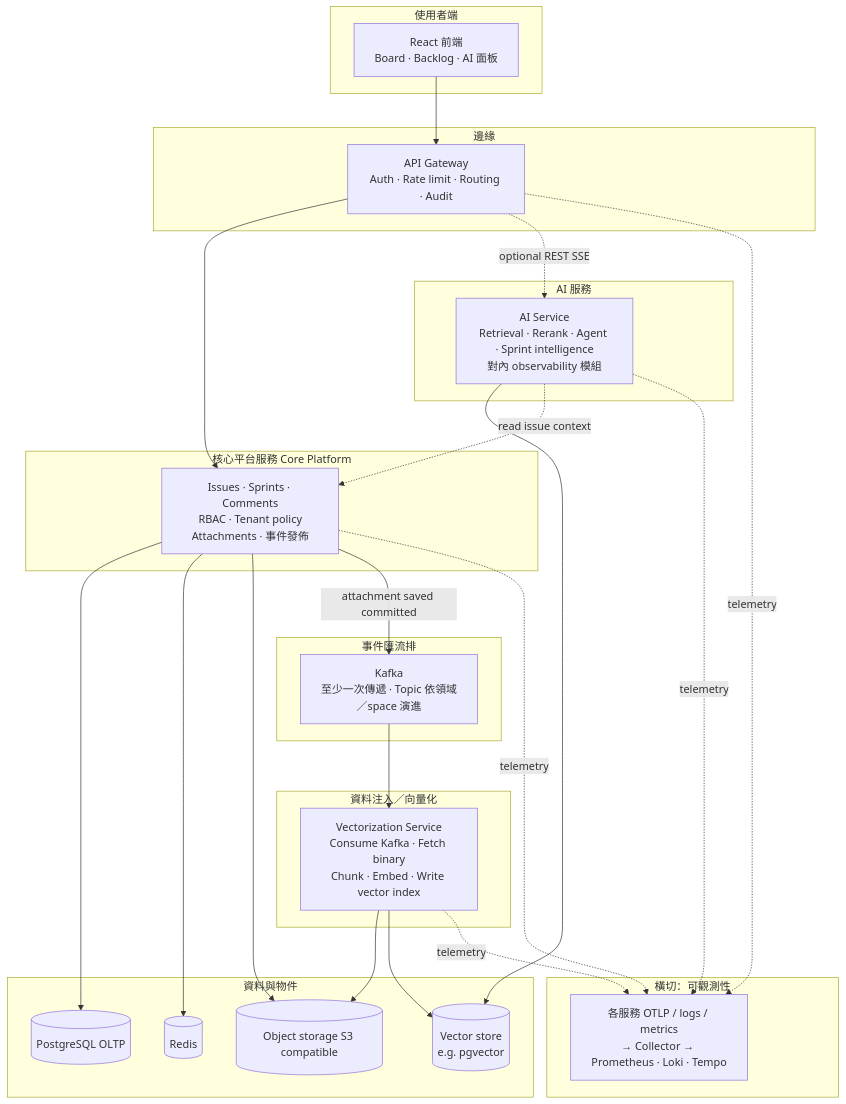
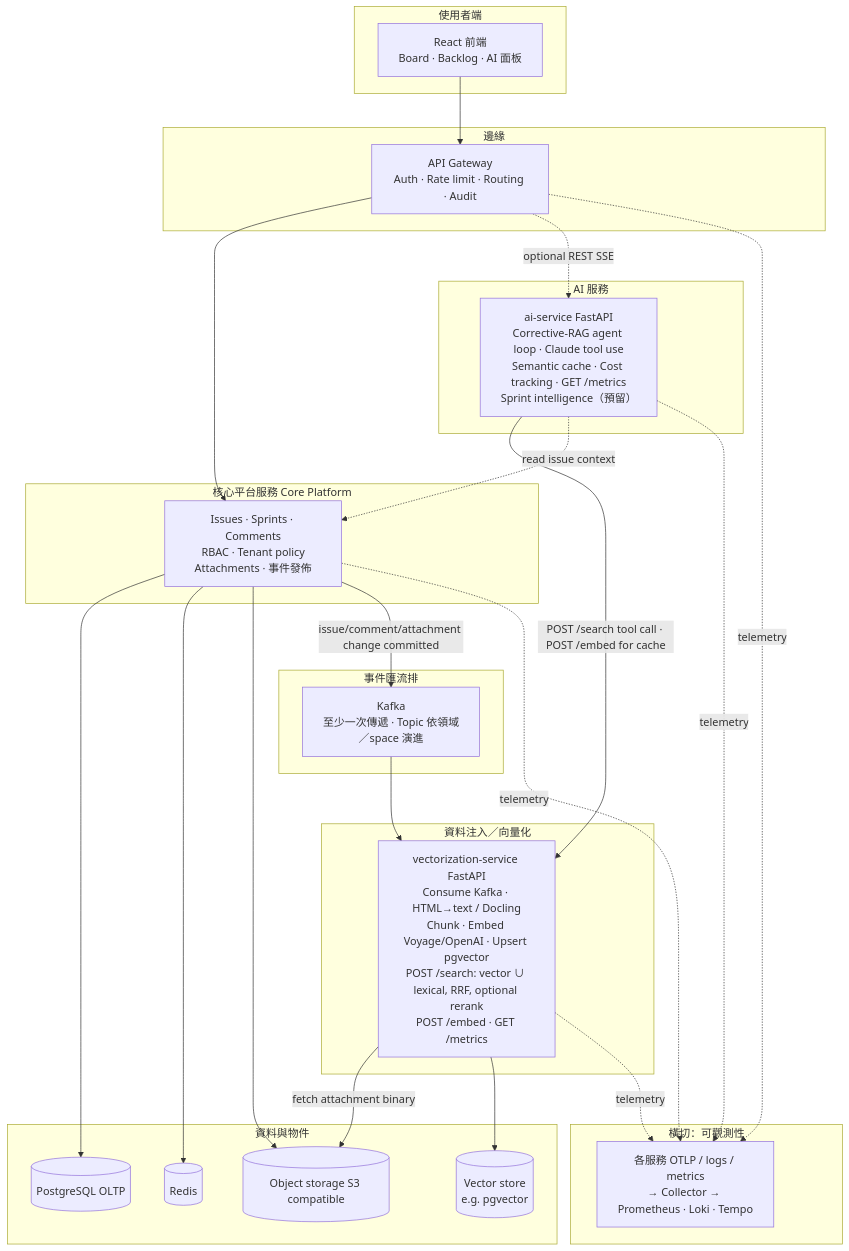
Before and after one commit to michael23fire/sprint-orchestra-core: the first of 2 diagrams in docs/ARCHITECTURE.md, drawn with Mermaid. The commit also changed other lines of this file and 4 other files, not shown here.

````diff
--- a/docs/ARCHITECTURE.md
+++ b/docs/ARCHITECTURE.md
@@ -41,58 +42,58 @@
 ```mermaid
 flowchart TB
   subgraph client [使用者端]
     FE[React 前端<br/>Board · Backlog · AI 面板]
   end
 
   subgraph edge [邊緣]
     GW[API Gateway<br/>Auth · Rate limit · Routing · Audit]
   end
 
   subgraph core [核心平台服務 Core Platform]
     CP[Issues · Sprints · Comments<br/>RBAC · Tenant policy<br/>Attachments · 事件發佈]
   end
 
   subgraph bus [事件匯流排]
     K[Kafka<br/>至少一次傳遞 · Topic 依領域／space 演進]
   end
 
   subgraph rag [資料注入／向量化]
-    VS[Vectorization Service<br/>Consume Kafka · Fetch binary<br/>Chunk · Embed · Write vector index]
+    VS[vectorization-service FastAPI<br/>Consume Kafka · HTML→text / Docling<br/>Chunk · Embed Voyage/OpenAI · Upsert pgvector<br/>POST /search: vector ∪ lexical, RRF, optional rerank<br/>POST /embed · GET /metrics]
   end
 
   subgraph ai [AI 服務]
-    AI[AI Service<br/>Retrieval · Rerank · Agent · Sprint intelligence<br/>對內 observability 模組]
+    AI[ai-service FastAPI<br/>Corrective-RAG agent loop · Claude tool use<br/>Semantic cache · Cost tracking · GET /metrics<br/>Sprint intelligence（預留）]
   end
 
   subgraph data [資料與物件]
     PG[(PostgreSQL OLTP)]
     RD[(Redis)]
     OBJ[(Object storage S3 compatible)]
     VDB[(Vector store<br/>e.g. pgvector)]
   end
 
   subgraph o11y [橫切：可觀測性]
     OTL[各服務 OTLP / logs / metrics<br/>→ Collector → Prometheus · Loki · Tempo]
   end
 
   FE --> GW
   GW --> CP
   GW -. optional REST SSE .-> AI
 
   CP --> PG
   CP --> RD
   CP --> OBJ
-  CP -->|attachment saved committed| K
+  CP -->|issue/comment/attachment change committed| K
 
   K --> VS
-  VS --> OBJ
+  VS -->|fetch attachment binary| OBJ
   VS --> VDB
 
-  AI --> VDB
+  AI -->|POST /search tool call · POST /embed for cache| VS
   AI -. read issue context .-> CP
 
   CP -. telemetry .-> OTL
   GW -. telemetry .-> OTL
   VS -. telemetry .-> OTL
   AI -. telemetry .-> OTL
 ```
````
